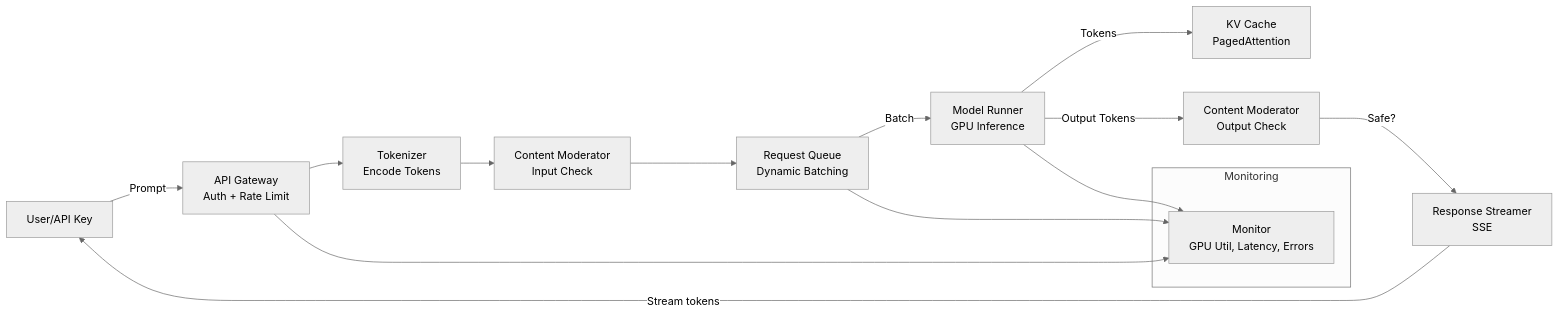
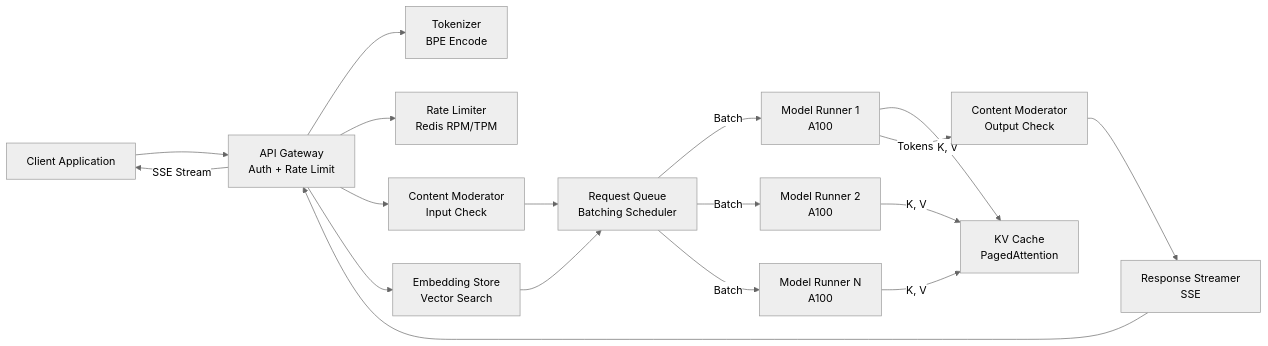
The second of 14 diagrams in docs/system-design/high-level/designing/advanced/large-language-model.md (abhishekghoshh/system-design-helper), drawn with Mermaid (neutral theme) before and after one commit. The commit also changed other lines of this file and 107 other files, not shown here.

````diff
--- a/docs/system-design/high-level/designing/advanced/large-language-model.md
+++ b/docs/system-design/high-level/designing/advanced/large-language-model.md
@@ -352,18 +255,20 @@
 ```mermaid
-flowchart LR
-  User[User/API Key] -->|Prompt| APIGW[API Gateway<br/>Auth + Rate Limit]
-  APIGW --> Tokenzr[Tokenizer<br/>Encode Tokens]
-  Tokenzr --> ModIn[Content Moderator<br/>Input Check]
-  ModIn --> Queue[Request Queue<br/>Dynamic Batching]
-  Queue -->|Batch| Model[Model Runner<br/>GPU Inference]
-  Model -->|Tokens| KVCache[KV Cache<br/>PagedAttention]
-  Model -->|Output Tokens| ModOut[Content Moderator<br/>Output Check]
-  ModOut -->|Safe?| Streamer[Response Streamer<br/>SSE]
-  Streamer -->|Stream tokens| User
-  subgraph "Monitoring"
-    Monitor[Monitor<br/>GPU Util, Latency, Errors]
-  end
-  Model --> Monitor
-  APIGW --> Monitor
-  Queue --> Monitor
+graph LR
+    App[Client Application] --> APIGW[API Gateway<br/>Auth + Rate Limit]
+    APIGW --> Tokenzr[Tokenizer<br/>BPE Encode]
+    APIGW --> RateLim[Rate Limiter<br/>Redis RPM/TPM]
+    APIGW --> ModIn[Content Moderator<br/>Input Check]
+    APIGW --> Embed[Embedding Store<br/>Vector Search]
+    ModIn --> Queue[Request Queue<br/>Batching Scheduler]
+    Embed --> Queue
+    Queue -->|Batch| MR1[Model Runner 1<br/>A100]
+    Queue -->|Batch| MR2[Model Runner 2<br/>A100]
+    Queue -->|Batch| MRN[Model Runner N<br/>A100]
+    MR1 -->|K, V| KV[KV Cache<br/>PagedAttention]
+    MR2 -->|K, V| KV
+    MRN -->|K, V| KV
+    MR1 -->|Tokens| ModOut[Content Moderator<br/>Output Check]
+    ModOut --> Streamer[Response Streamer<br/>SSE]
+    Streamer --> APIGW
+    APIGW -->|SSE Stream| App
 ```
````
